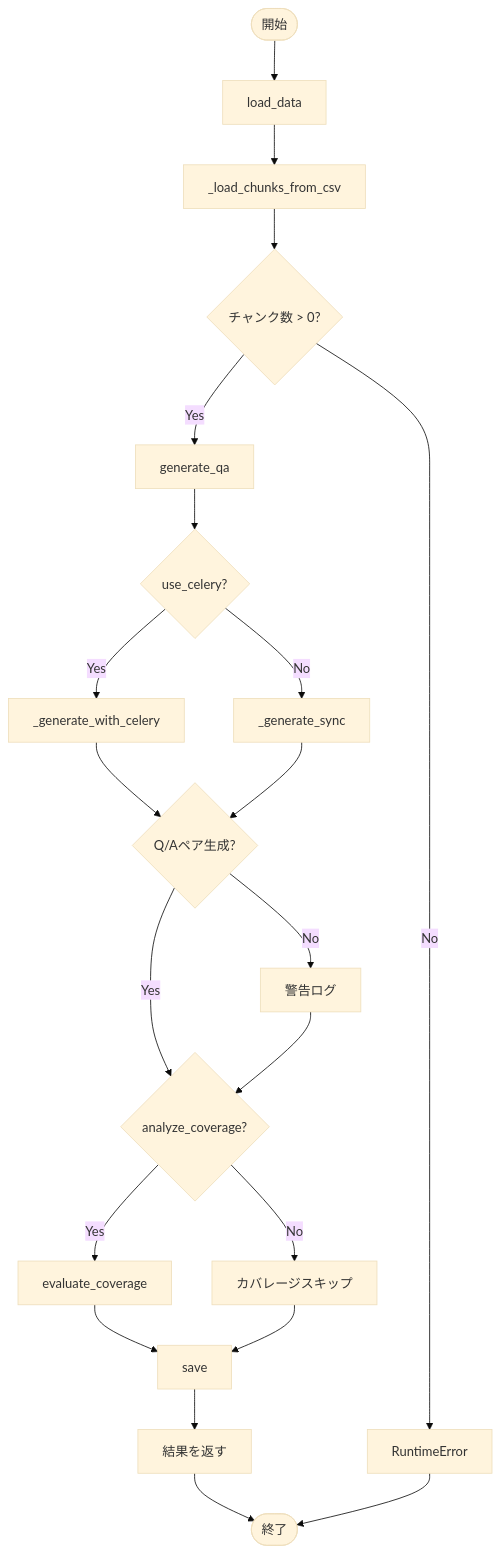
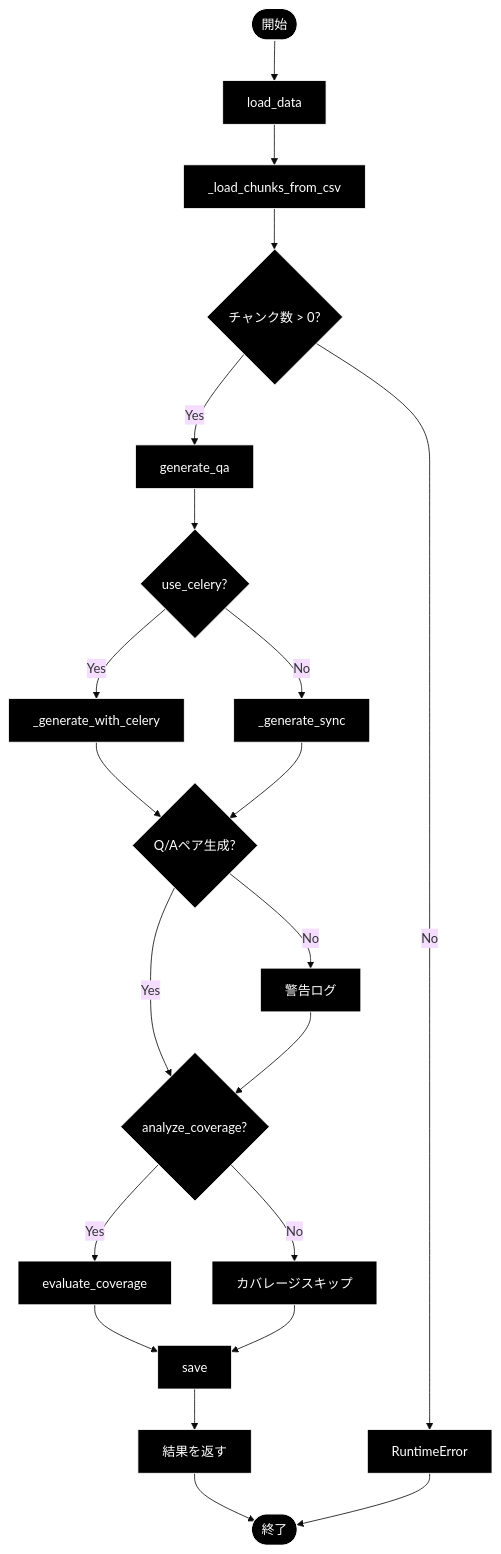
Before and after one commit to nakashima2toshio/ollama_grace_agent_v2: the seventh of 8 diagrams in qa_qdrant/doc/make_qa_qapipeline.md, drawn with Mermaid (base theme). The commit also changed other lines of this file and 12 other files, not shown here.

````diff
--- a/qa_qdrant/doc/make_qa_qapipeline.md
+++ b/qa_qdrant/doc/make_qa_qapipeline.md
@@ -875,30 +912,33 @@
 ```mermaid
 flowchart TD
     START([開始]) --> LOAD[load_data]
     LOAD --> CONVERT[_load_chunks_from_csv]
     CONVERT --> CHECK_CHUNKS{チャンク数 > 0?}
     
     CHECK_CHUNKS -->|No| ERROR1[RuntimeError]
     CHECK_CHUNKS -->|Yes| GEN_QA[generate_qa]
     
     GEN_QA --> CHECK_CELERY{use_celery?}
     CHECK_CELERY -->|Yes| CELERY[_generate_with_celery]
     CHECK_CELERY -->|No| SYNC[_generate_sync]
     
     CELERY --> CHECK_QA{Q/Aペア生成?}
     SYNC --> CHECK_QA
     
     CHECK_QA -->|No| WARN[警告ログ]
     CHECK_QA -->|Yes| COVERAGE{analyze_coverage?}
     WARN --> COVERAGE
     
     COVERAGE -->|Yes| EVAL[evaluate_coverage]
     COVERAGE -->|No| SKIP_EVAL[カバレージスキップ]
     
     EVAL --> SAVE[save]
     SKIP_EVAL --> SAVE
     
     SAVE --> RESULT[結果を返す]
     RESULT --> END([終了])
     ERROR1 --> END
+classDef default fill:#000,stroke:#fff,color:#fff
+classDef subgraphStyle fill:#1a1a1a,stroke:#fff,color:#fff
+class START,LOAD,CONVERT,CHECK_CHUNKS,ERROR1,GEN_QA,CHECK_CELERY,CELERY,SYNC,CHECK_QA,WARN,COVERAGE,EVAL,SKIP_EVAL,SAVE,RESULT,END default
 ```
````
